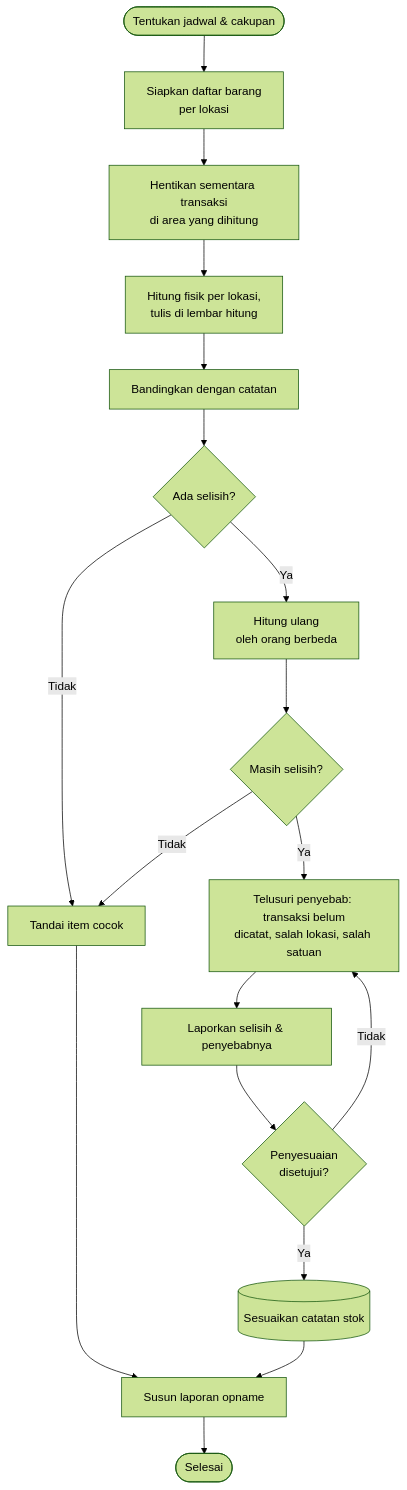
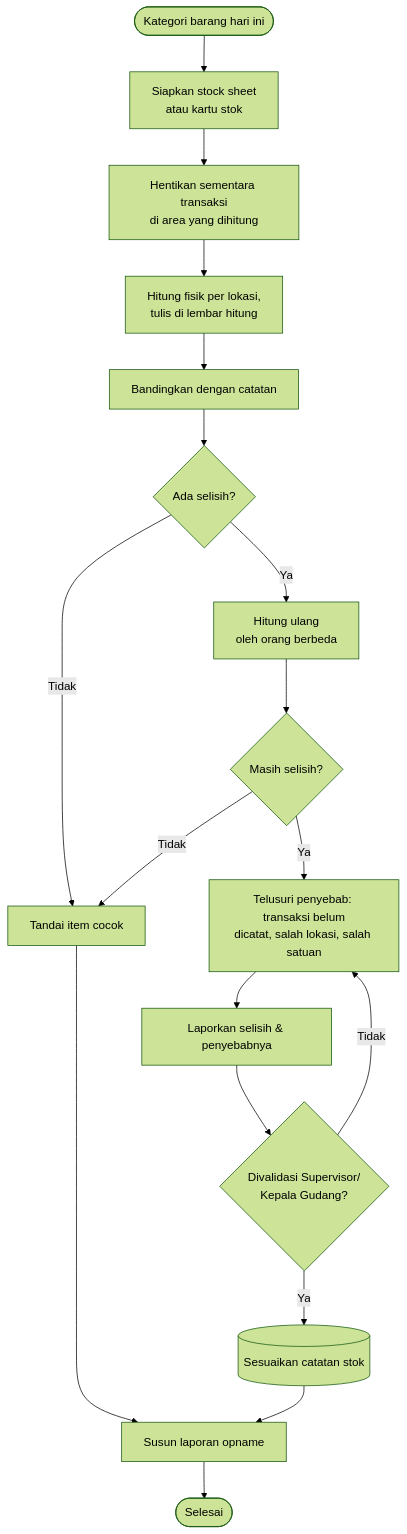
Before and after one commit to Hwarinn66/WareHouse: the diagram in docs/alur-kerja/stock-opname.md, drawn with Mermaid (forest theme). The commit also changed other lines of this file and 23 other files, not shown here.

First line of the commit message:
Selaraskan SOP dan materi dengan instruksi kerja Gudang Teknik dan prosedur write off

````diff
--- a/docs/alur-kerja/stock-opname.md
+++ b/docs/alur-kerja/stock-opname.md
@@ -30,22 +29,22 @@
 ```mermaid
 flowchart TD
-  accTitle: Alur stock opname (draf)
-  accDescr: Tentukan cakupan, siapkan daftar, hentikan transaksi sementara, hitung fisik, lalu bandingkan dengan catatan. Selisih dihitung ulang, ditelusuri, dilaporkan, dan baru disesuaikan setelah disetujui.
-  A([Tentukan jadwal & cakupan]) --> B[Siapkan daftar barang<br/>per lokasi]
+  accTitle: Alur stock opname harian
+  accDescr: Siapkan stock sheet kategori hari ini, hentikan transaksi sementara, hitung fisik, lalu bandingkan dengan catatan. Selisih dihitung ulang, ditelusuri, dilaporkan, dan baru disesuaikan setelah disetujui.
+  A([Kategori barang hari ini]) --> B[Siapkan stock sheet<br/>atau kartu stok]
   B --> C[Hentikan sementara transaksi<br/>di area yang dihitung]
   C --> D[Hitung fisik per lokasi,<br/>tulis di lembar hitung]
   D --> E[Bandingkan dengan catatan]
   E --> F{Ada selisih?}
   F -- Tidak --> K[Tandai item cocok]
   F -- Ya --> G[Hitung ulang<br/>oleh orang berbeda]
   G --> H{Masih selisih?}
   H -- Tidak --> K
   H -- Ya --> I[Telusuri penyebab: transaksi belum<br/>dicatat, salah lokasi, salah satuan]
   I --> J[Laporkan selisih & penyebabnya]
-  J --> L{Penyesuaian<br/>disetujui?}
+  J --> L{Divalidasi Supervisor/<br/>Kepala Gudang?}
   L -- Ya --> M[(Sesuaikan catatan stok)]
   L -- Tidak --> I
   K --> N[Susun laporan opname]
   M --> N
   N --> O([Selesai])
 ```
````
